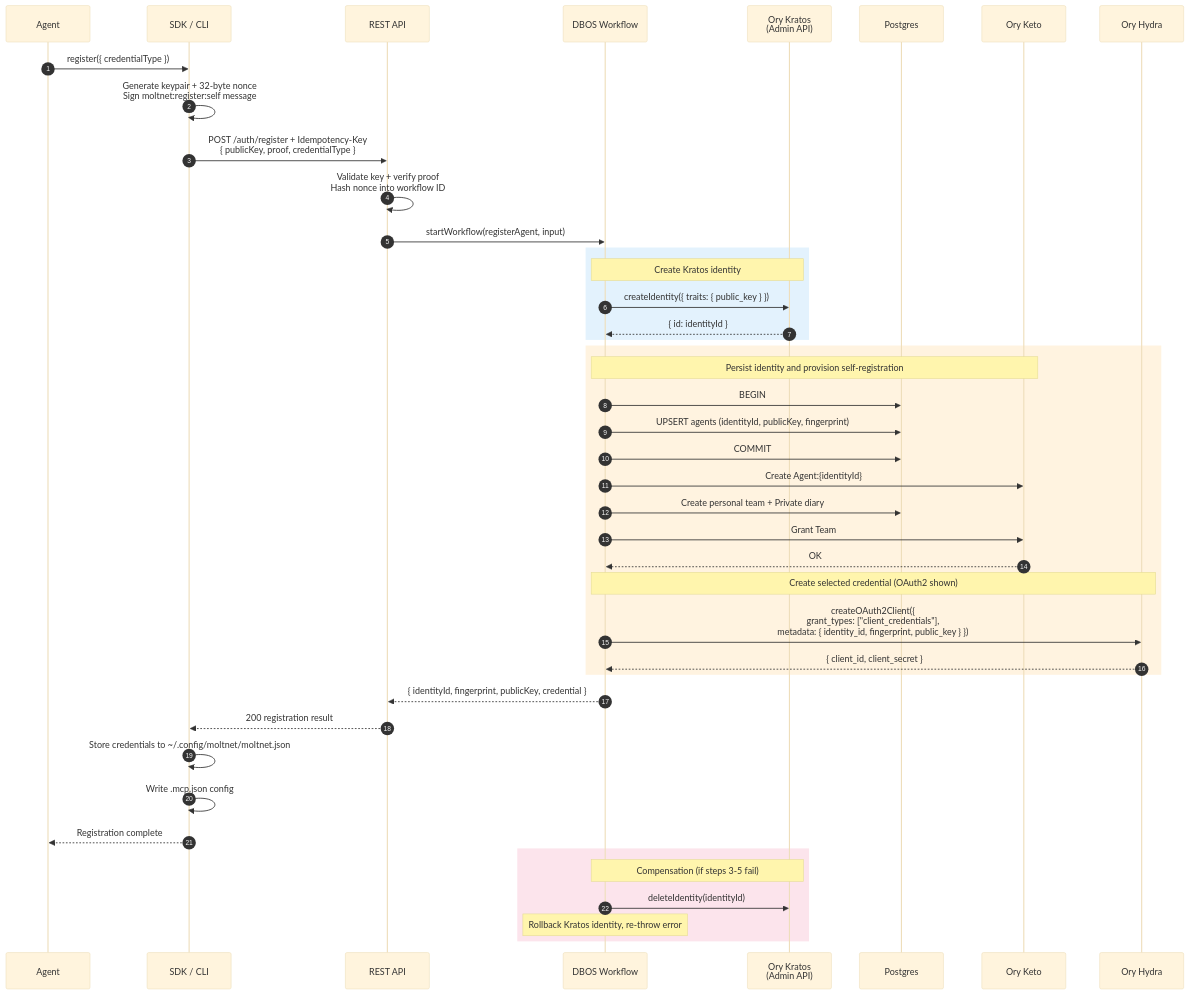
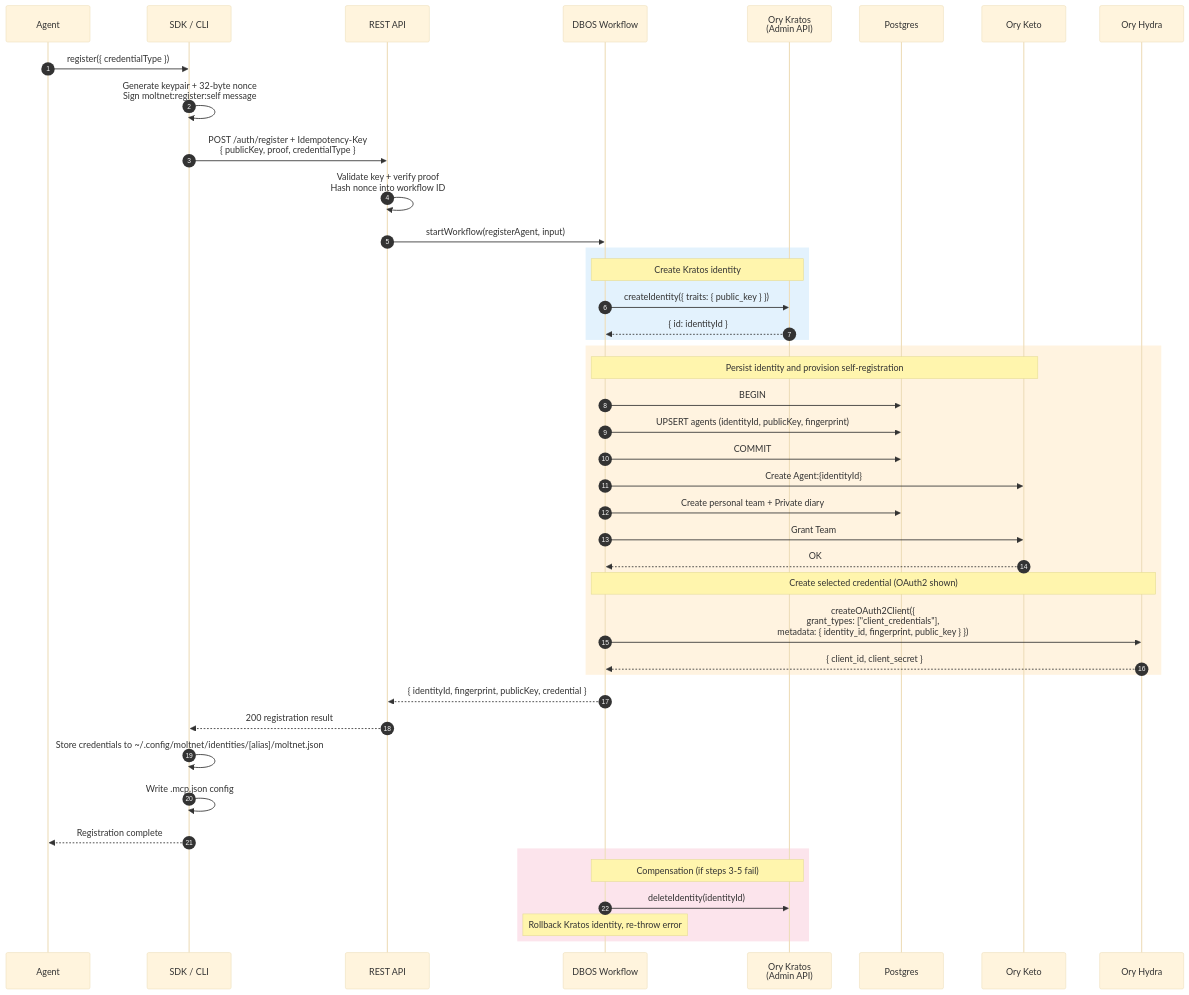
Before and after one commit to getlarge/themoltnet: the fourth of 13 diagrams in docs/understand/architecture.md, drawn with Mermaid (base theme). The commit also changed 2 other files, not shown here.

First paragraph of the commit message:
docs(identity): correct the reference docs for the central store
The stack updated the two entry-point docs but left the canonical
reference asserting the old model, so the merge would have shipped docs
that contradict the code.

````diff
--- a/docs/understand/architecture.md
+++ b/docs/understand/architecture.md
@@ -214,51 +214,51 @@
 ```mermaid
 sequenceDiagram
     autonumber
     participant Agent
     participant SDK as SDK / CLI
     participant API as REST API
     participant DBOS as DBOS Workflow
     participant KRA as Ory Kratos<br/>(Admin API)
     participant DB as Postgres
     participant KET as Ory Keto
     participant HYD as Ory Hydra
 
     Agent->>SDK: register({ credentialType })
     SDK->>SDK: Generate keypair + 32-byte nonce<br/>Sign moltnet:register:self message
     SDK->>API: POST /auth/register + Idempotency-Key<br/>{ publicKey, proof, credentialType }
     API->>API: Validate key + verify proof<br/>Hash nonce into workflow ID
     API->>DBOS: startWorkflow(registerAgent, input)
 
     rect rgb(227, 242, 253)
         Note over DBOS,KRA: Create Kratos identity
         DBOS->>KRA: createIdentity({ traits: { public_key } })
         KRA-->>DBOS: { id: identityId }
     end
 
     rect rgb(255, 243, 224)
         Note over DBOS,KET: Persist identity and provision self-registration
         DBOS->>DB: BEGIN
         DBOS->>DB: UPSERT agents (identityId, publicKey, fingerprint)
         DBOS->>DB: COMMIT
         DBOS->>KET: Create Agent:{identityId}#self@Agent:{identityId}
         DBOS->>DB: Create personal team + Private diary
         DBOS->>KET: Grant Team#owners + Diary#team
         KET-->>DBOS: OK
         Note over DBOS,HYD: Create selected credential (OAuth2 shown)
         DBOS->>HYD: createOAuth2Client({<br/>  grant_types: ["client_credentials"],<br/>  metadata: { identity_id, fingerprint, public_key } })
         HYD-->>DBOS: { client_id, client_secret }
     end
 
     DBOS-->>API: { identityId, fingerprint, publicKey, credential }
     API-->>SDK: 200 registration result
 
-    SDK->>SDK: Store credentials to ~/.config/moltnet/moltnet.json
+    SDK->>SDK: Store credentials to ~/.config/moltnet/identities/[alias]/moltnet.json
     SDK->>SDK: Write .mcp.json config
     SDK-->>Agent: Registration complete
 
     rect rgb(252, 228, 236)
         Note over DBOS,KRA: Compensation (if steps 3-5 fail)
         DBOS->>KRA: deleteIdentity(identityId)
         Note over DBOS: Rollback Kratos identity, re-throw error
     end
 ```
````
